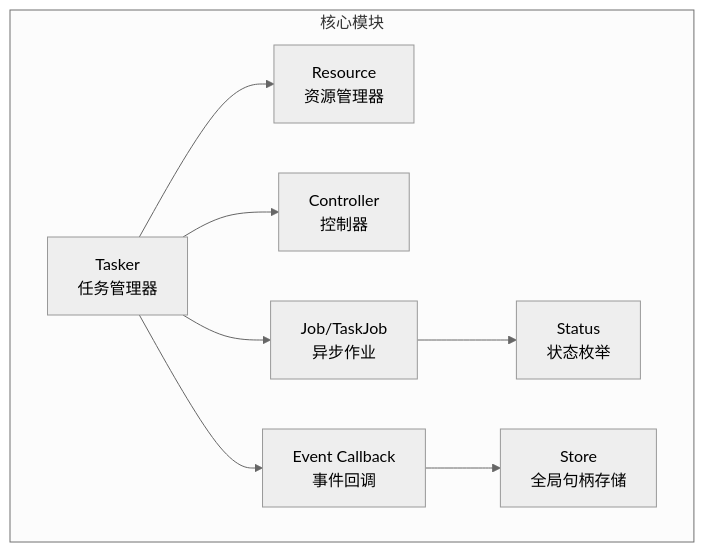
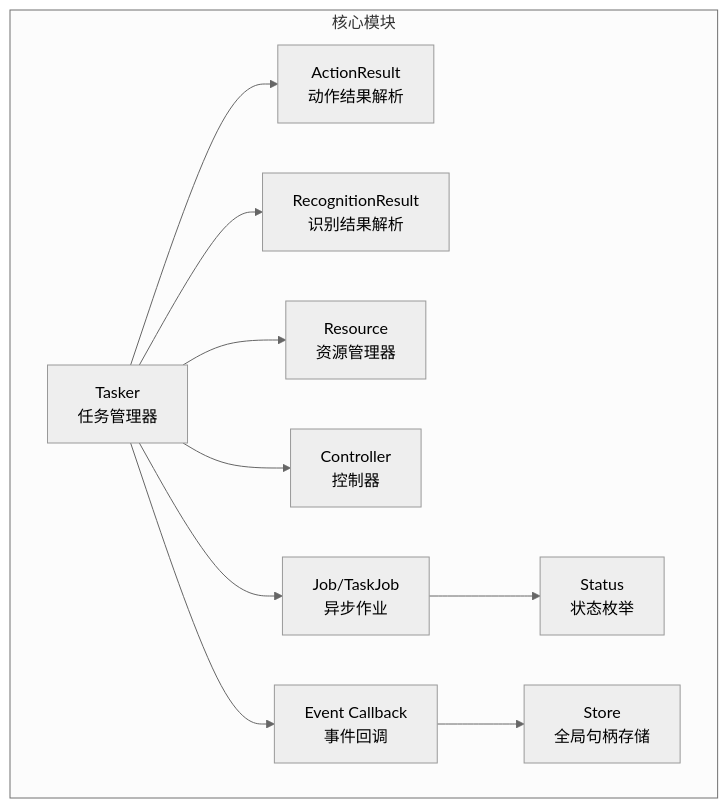
Before and after one commit to kqcoxn/MaaPipelineEditor: the first of 8 diagrams in instructions/maafw-golang-binding/核心概念/任务管理器 (Tasker).md, drawn with Mermaid (neutral theme). The commit also changed other lines of this file and 10 other files, not shown here.

````diff
--- a/instructions/maafw-golang-binding/核心概念/任务管理器 (Tasker).md
+++ b/instructions/maafw-golang-binding/核心概念/任务管理器 (Tasker).md
@@ -53,18 +63,22 @@
 ```mermaid
 graph TB
 subgraph "核心模块"
 T["Tasker<br/>任务管理器"]
+AR["ActionResult<br/>动作结果解析"]
+RR["RecognitionResult<br/>识别结果解析"]
 R["Resource<br/>资源管理器"]
 C["Controller<br/>控制器"]
 J["Job/TaskJob<br/>异步作业"]
 S["Status<br/>状态枚举"]
 E["Event Callback<br/>事件回调"]
 ST["Store<br/>全局句柄存储"]
 end
+T --> AR
+T --> RR
 T --> R
 T --> C
 T --> J
 J --> S
 T --> E
 E --> ST
 ```
````
